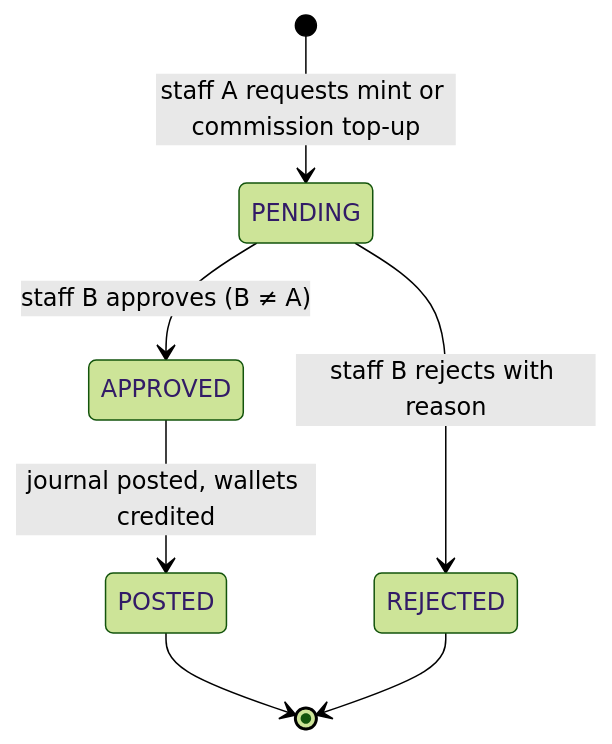
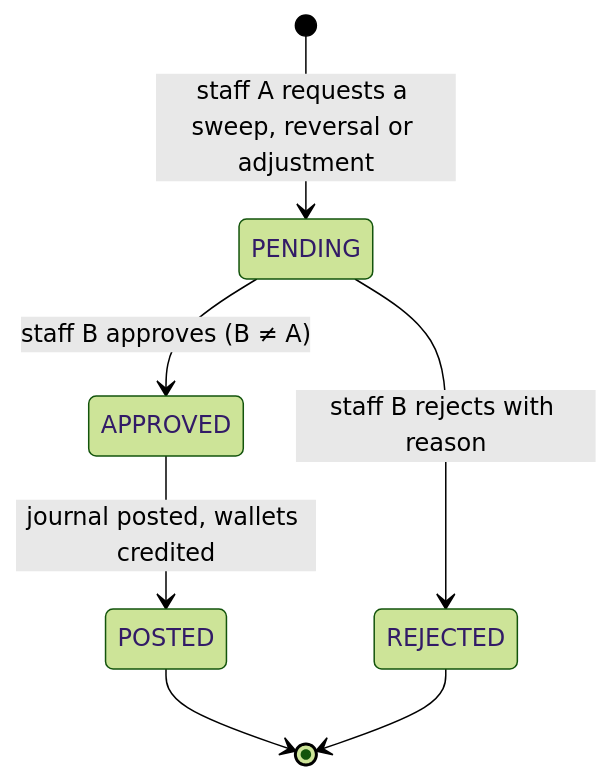
The ninth of 16 diagrams in docs/superpowers/specs/2026-11-23-flagship-wallet-program-design.md (Abuu37/E-wallet-backend), drawn with Mermaid (forest theme) before and after one commit. The commit also changed other lines of this file and 5 other files, not shown here.

````diff
--- a/docs/superpowers/specs/2026-11-23-flagship-wallet-program-design.md
+++ b/docs/superpowers/specs/2026-11-23-flagship-wallet-program-design.md
@@ -345,9 +433,9 @@
 ```mermaid
 stateDiagram-v2
-    [*] --> PENDING: staff A requests mint or commission top-up
+    [*] --> PENDING: staff A requests a sweep, reversal or adjustment
     PENDING --> APPROVED: staff B approves (B ≠ A)
     PENDING --> REJECTED: staff B rejects with reason
     APPROVED --> POSTED: journal posted, wallets credited
     POSTED --> [*]
     REJECTED --> [*]
 ```
````
